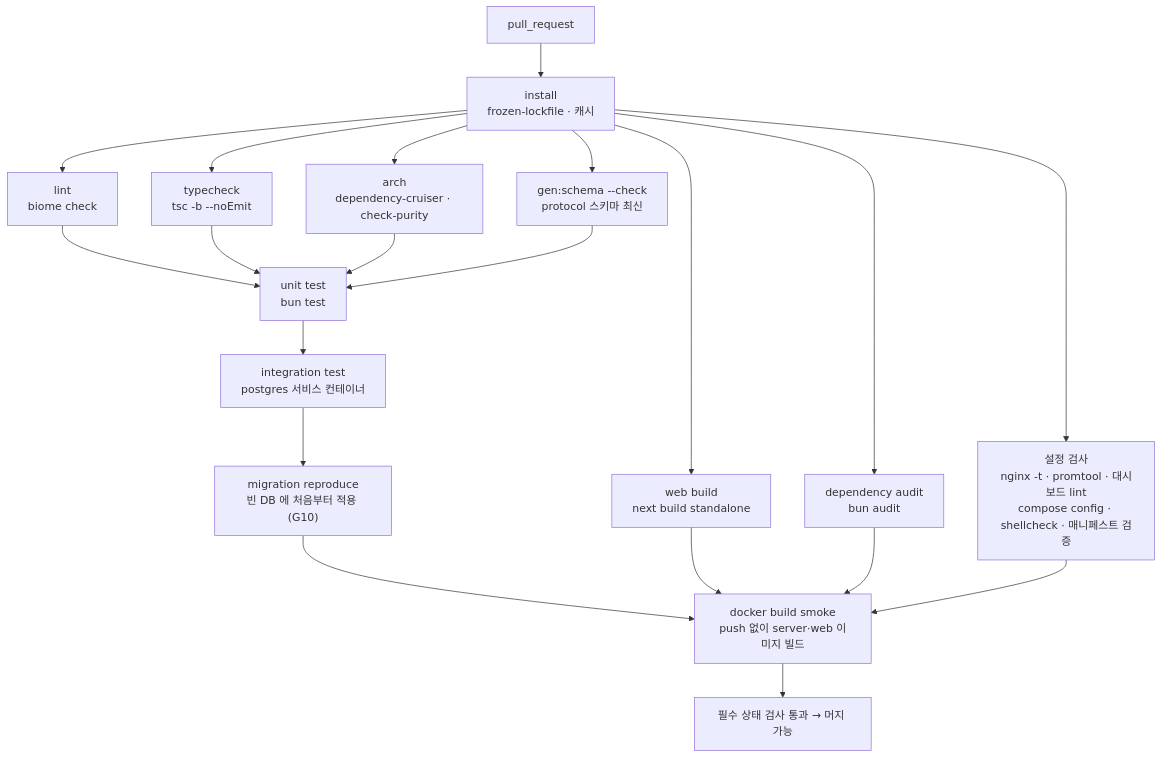
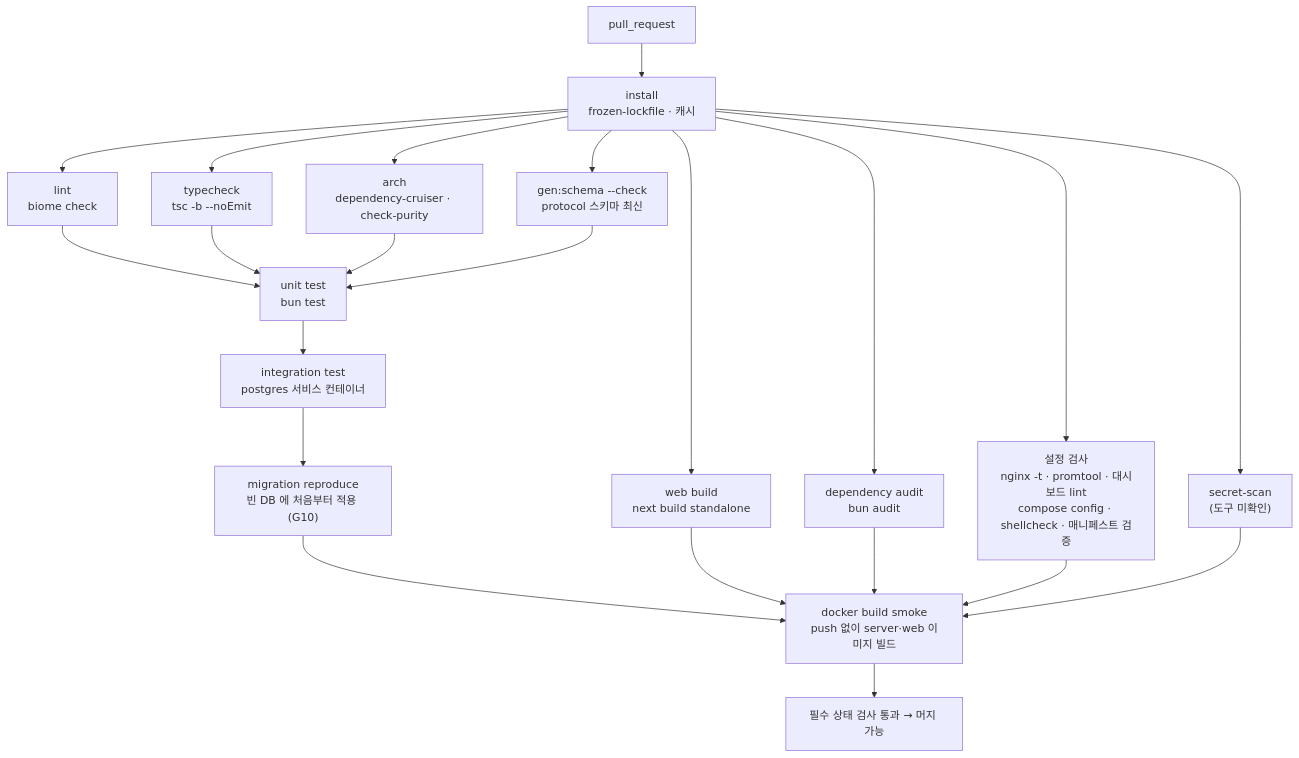
The second of 4 diagrams in docs/design/09-ci-cd.md (1985jwlee/portpolio_backend), drawn with Mermaid before and after one commit. The commit also changed other lines of this file and 92 other files, not shown here.

````diff
--- a/docs/design/09-ci-cd.md
+++ b/docs/design/09-ci-cd.md
@@ -48,16 +48,17 @@
 ```mermaid
 flowchart TD
     T["pull_request"] --> I["install<br/>frozen-lockfile · 캐시"]
     I --> L["lint<br/>biome check"]
     I --> TC["typecheck<br/>tsc -b --noEmit"]
     I --> AR["arch<br/>dependency-cruiser · check-purity"]
     I --> GS["gen:schema --check<br/>protocol 스키마 최신"]
     L & TC & AR & GS --> U["unit test<br/>bun test"]
     U --> INT["integration test<br/>postgres 서비스 컨테이너"]
     INT --> MIG["migration reproduce<br/>빈 DB 에 처음부터 적용 (G10)"]
     I --> AUD["dependency audit<br/>bun audit"]
+    I --> SS["secret-scan<br/>(도구 미확인)"]
     I --> WB["web build<br/>next build standalone"]
     I --> CFG["설정 검사<br/>nginx -t · promtool · 대시보드 lint<br/>compose config · shellcheck · 매니페스트 검증"]
-    MIG & WB & AUD & CFG --> DB["docker build smoke<br/>push 없이 server·web 이미지 빌드"]
+    MIG & WB & AUD & CFG & SS --> DB["docker build smoke<br/>push 없이 server·web 이미지 빌드"]
     DB --> OK["필수 상태 검사 통과 → 머지 가능"]
 ```
````
